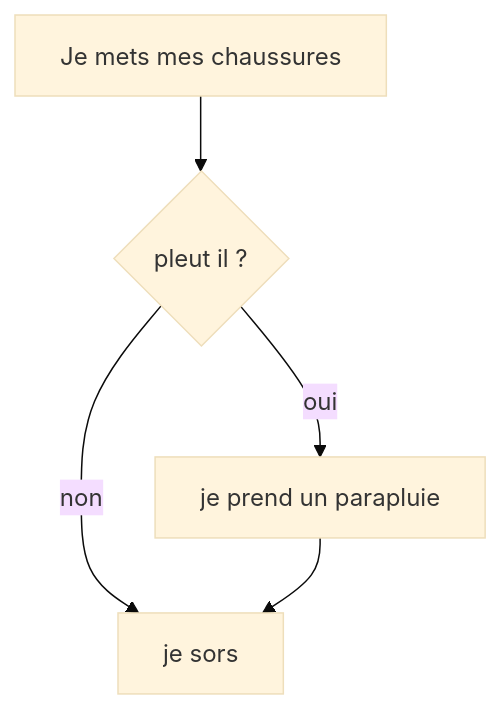
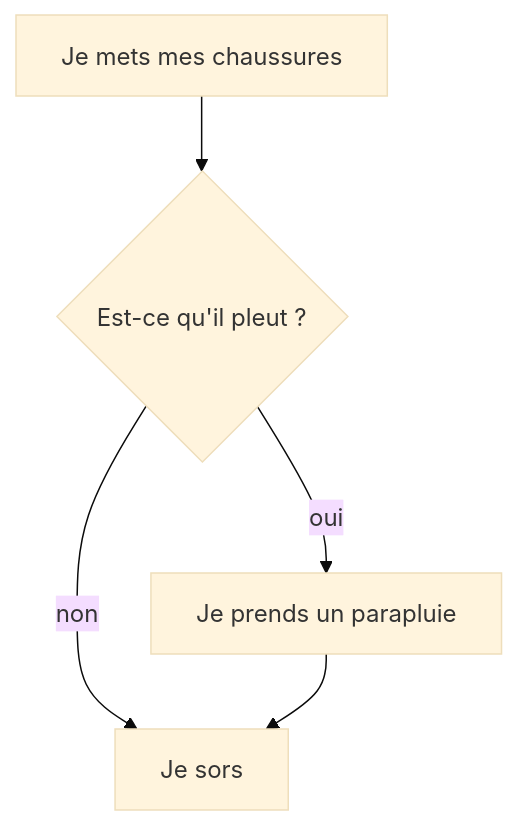
Before and after one commit to imt-atlantique/micropython_doc: the diagram in docs/logique/instruction_conditionnelle.md, drawn with Mermaid (base theme). The commit also changed other lines of this file and 4 other files, not shown here.

````diff
--- a/docs/logique/instruction_conditionnelle.md
+++ b/docs/logique/instruction_conditionnelle.md
@@ -42,7 +33,7 @@
 ``` mermaid
 graph TD
-    A[Je mets mes chaussures]-->C{pleut il ?}
-    C -->|non| D[je sors]
-    C -->|oui| E[je prend un parapluie]
+    A[Je mets mes chaussures]-->C{Est-ce qu'il pleut ?}
+    C -->|non| D[Je sors]
+    C -->|oui| E[Je prends un parapluie]
     E --> D
 ```
````
